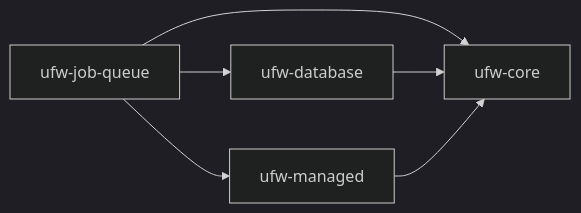
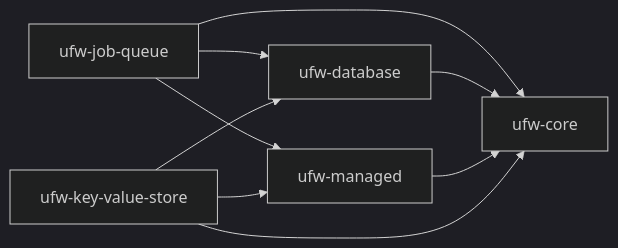
The diagram in documentation/docs/components/index.md (TommyPersson/ufw), drawn with Mermaid (dark theme) before and after one commit. The commit also changed 22 other files, not shown here.

````diff
--- a/documentation/docs/components/index.md
+++ b/documentation/docs/components/index.md
@@ -21,13 +21,17 @@
 ```mermaid
 graph LR
     ufw-job-queue --> ufw-database
     ufw-job-queue --> ufw-managed
     ufw-job-queue --> ufw-core
     ufw-database --> ufw-core
     ufw-managed --> ufw-core
+    ufw-key-value-store --> ufw-core
+    ufw-key-value-store --> ufw-database
+    ufw-key-value-store --> ufw-managed
 
     click ufw-job-queue href "./job-queue"
+    click ufw-key-value-store href "./key-value-store"
     click ufw-database href "./database"
     click ufw-managed href "./managed"
     click ufw-core href "./core"
 ```
````
